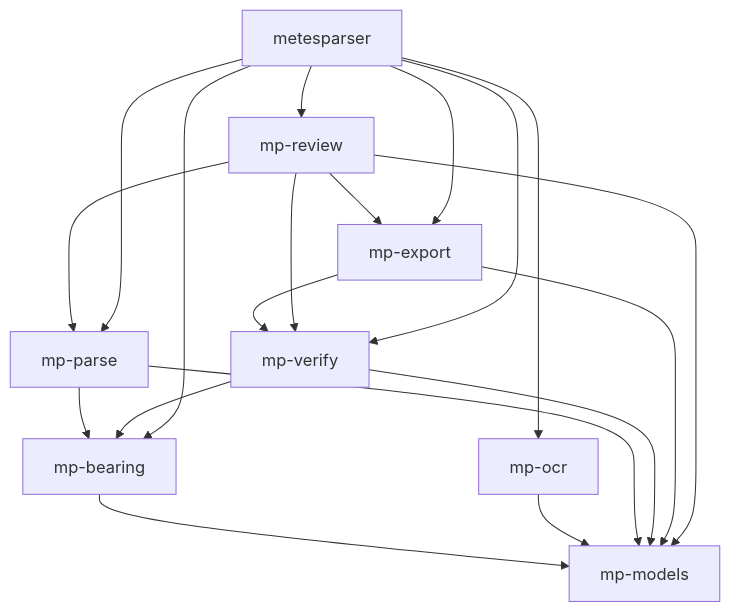
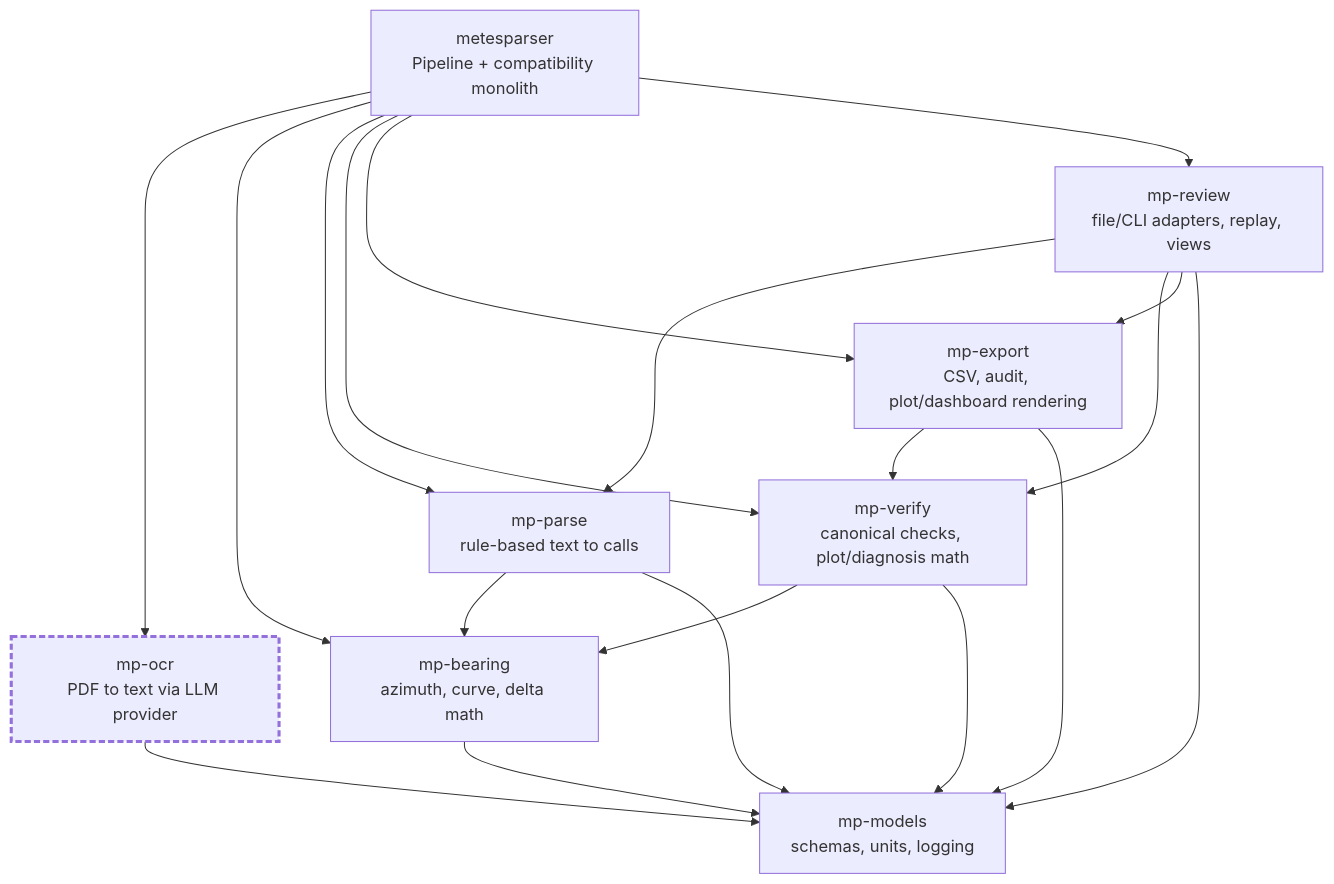
The first of 6 diagrams in docs/ARCHITECTURE.md (domfahey/metesParser), drawn with Mermaid before and after one commit. The commit also changed other lines of this file, not shown here.

First line of the commit message:
docs: add Mermaid architecture diagrams to ARCHITECTURE.md

````diff
--- a/docs/ARCHITECTURE.md
+++ b/docs/ARCHITECTURE.md
@@ -141,21 +133,33 @@
 ```mermaid
 graph TD
-    bearing[mp-bearing] --> models[mp-models]
-    ocr[mp-ocr] --> models
-    parse[mp-parse] --> models
-    parse --> bearing
-    verify[mp-verify] --> models
-    verify --> bearing
-    export[mp-export] --> models
-    export --> verify
-    review[mp-review] --> models
-    review --> parse
-    review --> verify
-    review --> export
-    root[metesparser] --> ocr
+    root["metesparser<br/>Pipeline + compatibility monolith"]
+    review["mp-review<br/>file/CLI adapters, replay, views"]
+    export["mp-export<br/>CSV, audit, plot/dashboard rendering"]
+    verify["mp-verify<br/>canonical checks, plot/diagnosis math"]
+    parse["mp-parse<br/>rule-based text to calls"]
+    ocr["mp-ocr<br/>PDF to text via LLM provider"]
+    bearing["mp-bearing<br/>azimuth, curve, delta math"]
+    models["mp-models<br/>schemas, units, logging"]
+
+    root --> ocr
     root --> bearing
     root --> parse
     root --> verify
     root --> export
     root --> review
+    review --> parse
+    review --> verify
+    review --> export
+    export --> verify
+    export --> models
+    verify --> bearing
+    verify --> models
+    parse --> bearing
+    parse --> models
+    bearing --> models
+    ocr --> models
+    review --> models
+
+    classDef llm stroke-width:3px,stroke-dasharray:6 3
+    class ocr llm
 ```
````
